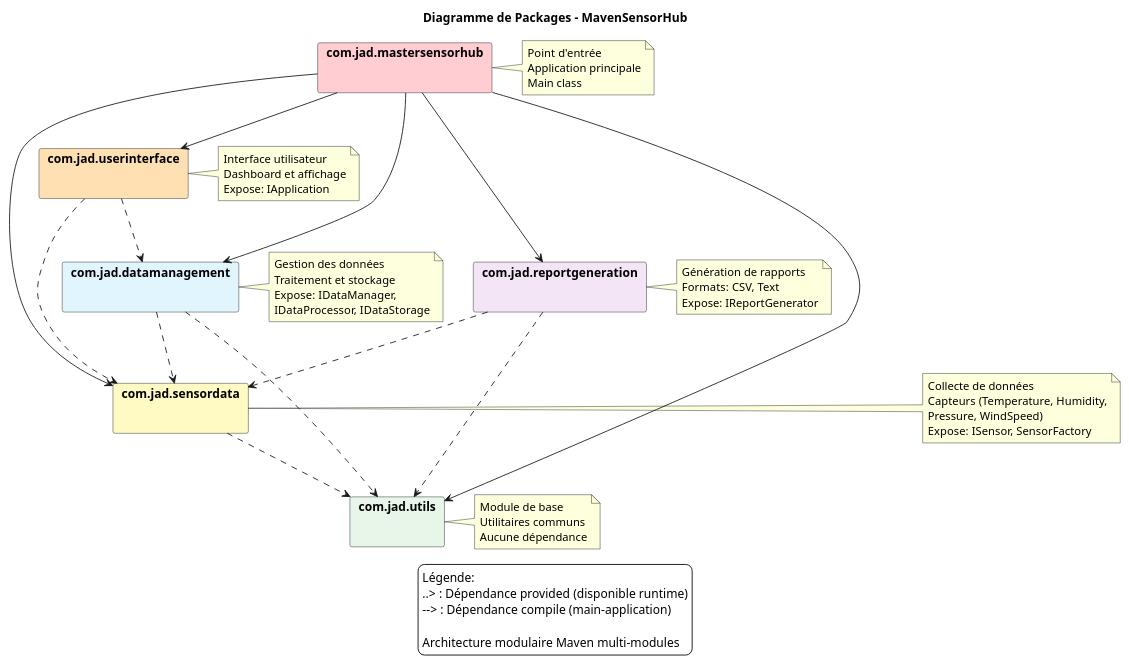
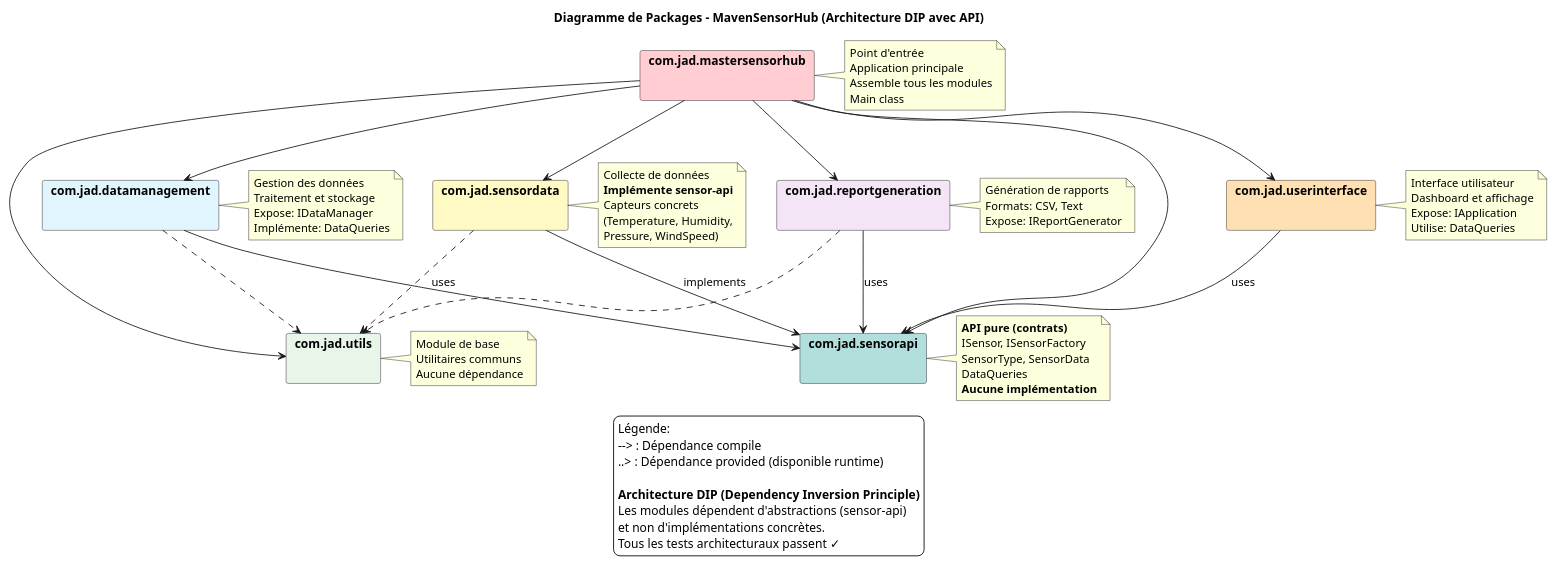
The diagram in packages.puml (Galateee/jad-ynnov-connect-classroom-2023-24-3-mavensensorhub-MavenSensorHub), drawn with PlantUML before and after one commit. The commit also changed 37 other files, not shown here.

Commit message:
refacto DIP with sensor-api module (all tests pass)

```diff
--- a/packages.puml
+++ b/packages.puml
@@ -1,58 +1,68 @@
 @startuml packages
-title Diagramme de Packages - MavenSensorHub
+title Diagramme de Packages - MavenSensorHub (Architecture DIP avec API)
 
 skinparam packageStyle rectangle
 skinparam backgroundColor white
 
 ' Packages principaux par module
 package "com.jad.utils" as utils #E8F5E9 {
+}
+
+package "com.jad.sensorapi" as sensorapi #B2DFDB {
 }
 
 package "com.jad.sensordata" as sensordata #FFF9C4 {
 }
 
 package "com.jad.datamanagement" as datamanagement #E1F5FE {
 }
 
 package "com.jad.reportgeneration" as reportgeneration #F3E5F5 {
 }
 
 package "com.jad.userinterface" as userinterface #FFE0B2 {
 }
 
 package "com.jad.mastersensorhub" as main #FFCDD2 {
 }
 
 ' Notes descriptives
 note right of utils : Module de base\nUtilitaires communs\nAucune dépendance
-note right of sensordata : Collecte de données\nCapteurs (Temperature, Humidity,\nPressure, WindSpeed)\nExpose: ISensor, SensorFactory
-note right of datamanagement : Gestion des données\nTraitement et stockage\nExpose: IDataManager,\nIDataProcessor, IDataStorage
+note right of sensorapi : **API pure (contrats)**\nISensor, ISensorFactory\nSensorType, SensorData\nDataQueries\n**Aucune implémentation**
+note right of sensordata : Collecte de données\n**Implémente sensor-api**\nCapteurs concrets\n(Temperature, Humidity,\nPressure, WindSpeed)
+note right of datamanagement : Gestion des données\nTraitement et stockage\nExpose: IDataManager\nImplémente: DataQueries
 note right of reportgeneration : Génération de rapports\nFormats: CSV, Text\nExpose: IReportGenerator
-note right of userinterface : Interface utilisateur\nDashboard et affichage\nExpose: IApplication
-note right of main : Point d'entrée\nApplication principale\nMain class
+note right of userinterface : Interface utilisateur\nDashboard et affichage\nExpose: IApplication\nUtilise: DataQueries
+note right of main : Point d'entrée\nApplication principale\nAssemble tous les modules\nMain class
 
-' Dépendances (scope: provided)
+' Dépendances vers API (DIP)
+sensordata --> sensorapi : implements
+datamanagement --> sensorapi : uses
+reportgeneration --> sensorapi : uses
+userinterface --> sensorapi : uses
+
+' Dépendances utilitaires
 sensordata ..> utils
-datamanagement ..> sensordata
 datamanagement ..> utils
-reportgeneration ..> sensordata
 reportgeneration ..> utils
-userinterface ..> datamanagement
-userinterface ..> sensordata
 
-' Dépendances principales (scope: compile)
+' Dépendances principales (main-application)
 main --> utils
+main --> sensorapi
 main --> sensordata
 main --> datamanagement
 main --> reportgeneration
 main --> userinterface
 
 legend bottom
 Légende:
+--> : Dépendance compile
 ..> : Dépendance provided (disponible runtime)
---> : Dépendance compile (main-application)
 
-Architecture modulaire Maven multi-modules
+**Architecture DIP (Dependency Inversion Principle)**
+Les modules dépendent d'abstractions (sensor-api)
+et non d'implémentations concrètes.
+Tous les tests architecturaux passent ✓
 endlegend
 
 @enduml
```
